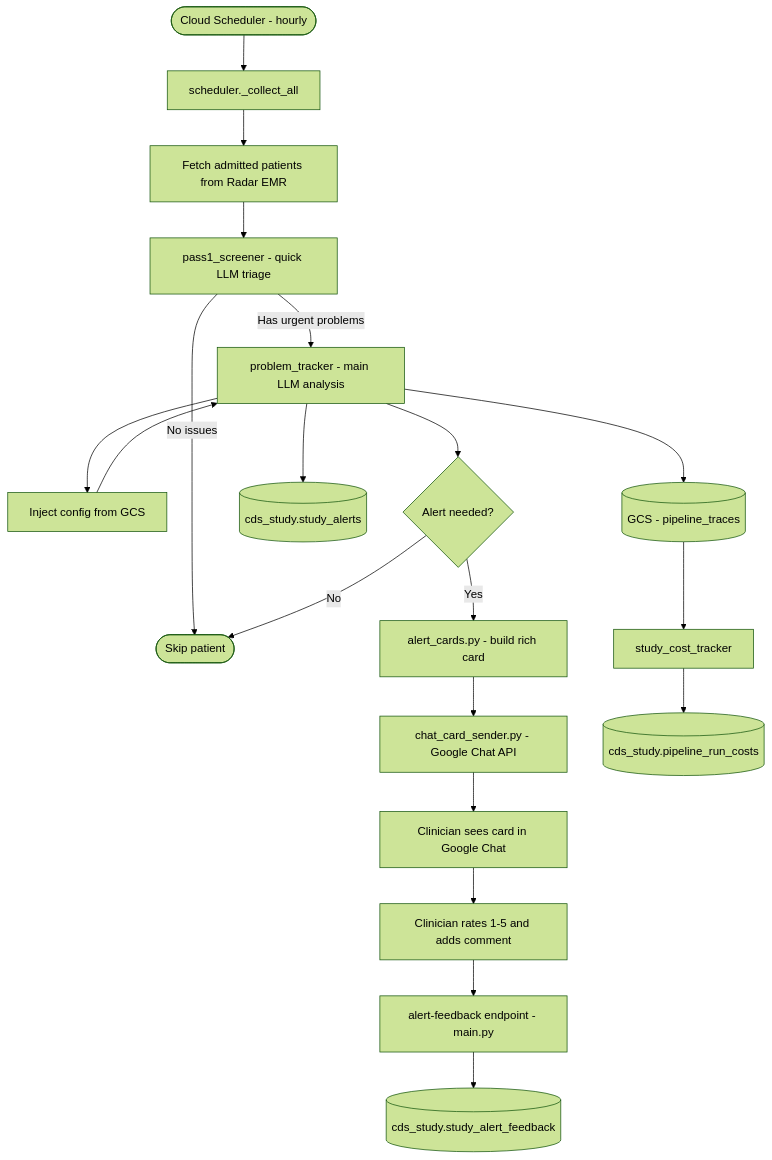
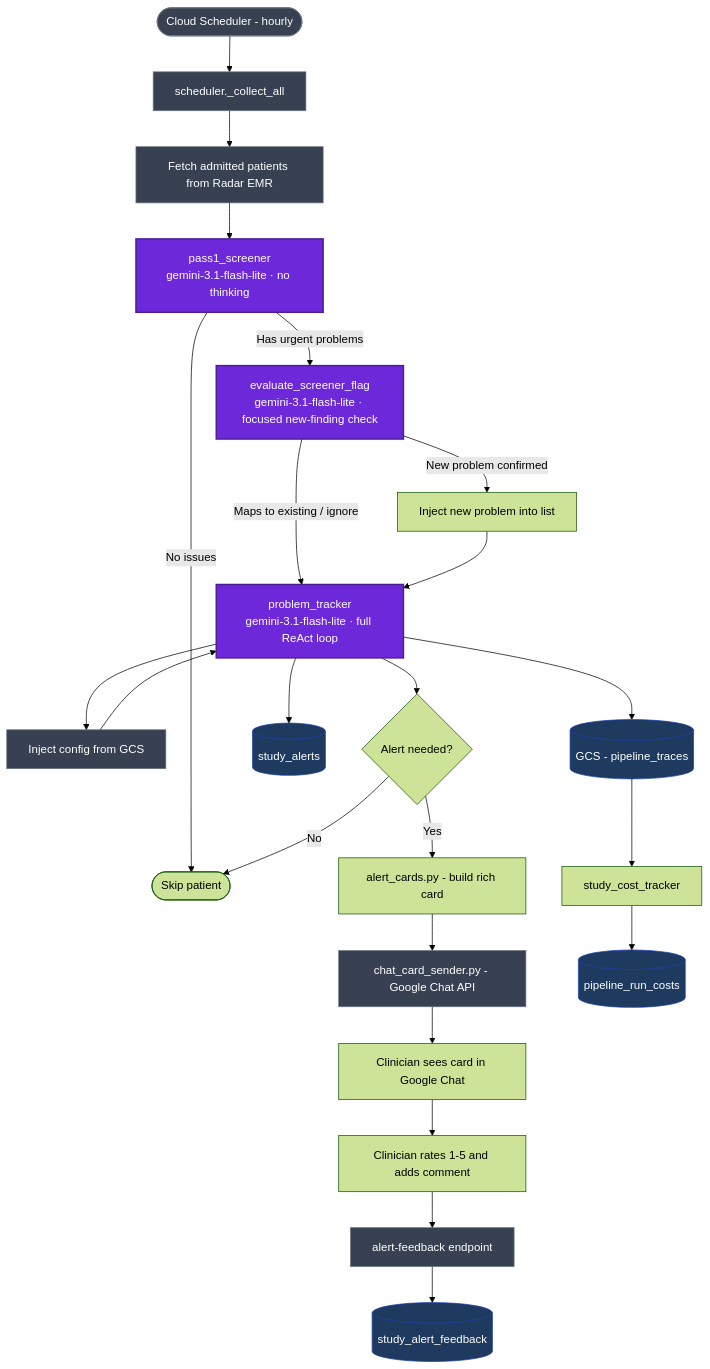
Before and after one commit to drdileepunni/llm_wiki: the first of 4 diagrams in dashboard/docs/pipeline_overview.md, drawn with Mermaid (forest theme). The commit also changed other lines of this file and 13 other files, not shown here.

````diff
--- a/dashboard/docs/pipeline_overview.md
+++ b/dashboard/docs/pipeline_overview.md
@@ -7,22 +9,29 @@
 ```mermaid
 flowchart TD
-    A([Cloud Scheduler - hourly]) --> B[scheduler._collect_all]
-    B --> C[Fetch admitted patients from Radar EMR]
-    C --> D[pass1_screener - quick LLM triage]
-    D -->|Has urgent problems| E[problem_tracker - main LLM analysis]
+    classDef llm fill:#6d28d9,color:#fff,stroke:#4c1d95,stroke-width:2px
+    classDef store fill:#1e3a5f,color:#fff,stroke:#1e40af
+    classDef infra fill:#374151,color:#fff,stroke:#6b7280
+
+    A([Cloud Scheduler - hourly]):::infra --> B[scheduler._collect_all]:::infra
+    B --> C[Fetch admitted patients from Radar EMR]:::infra
+    C --> D[pass1_screener\ngemini-3.1-flash-lite · no thinking]:::llm
+    D -->|Has urgent problems| E[evaluate_screener_flag\ngemini-3.1-flash-lite · focused new-finding check]:::llm
     D -->|No issues| Z([Skip patient])
-    E --> F[Inject config from GCS]
-    F --> E
-    E --> G{Alert needed?}
+    E -->|New problem confirmed| EP[Inject new problem into list]
+    E -->|Maps to existing / ignore| F
+    EP --> F[problem_tracker\ngemini-3.1-flash-lite · full ReAct loop]:::llm
+    F --> GCS[Inject config from GCS]:::infra
+    GCS --> F
+    F --> G{Alert needed?}
     G -->|Yes| H[alert_cards.py - build rich card]
     G -->|No| Z
-    H --> I[chat_card_sender.py - Google Chat API]
+    H --> I[chat_card_sender.py - Google Chat API]:::infra
     I --> J[Clinician sees card in Google Chat]
     J --> K[Clinician rates 1-5 and adds comment]
-    K --> L[alert-feedback endpoint - main.py]
-    L --> M[(cds_study.study_alert_feedback)]
-    E --> N[(cds_study.study_alerts)]
-    E --> O[(GCS - pipeline_traces)]
+    K --> L[alert-feedback endpoint]:::infra
+    L --> M[(study_alert_feedback)]:::store
+    F --> N[(study_alerts)]:::store
+    F --> O[(GCS - pipeline_traces)]:::store
     O --> P[study_cost_tracker]
-    P --> Q[(cds_study.pipeline_run_costs)]
+    P --> Q[(pipeline_run_costs)]:::store
 ```
````
